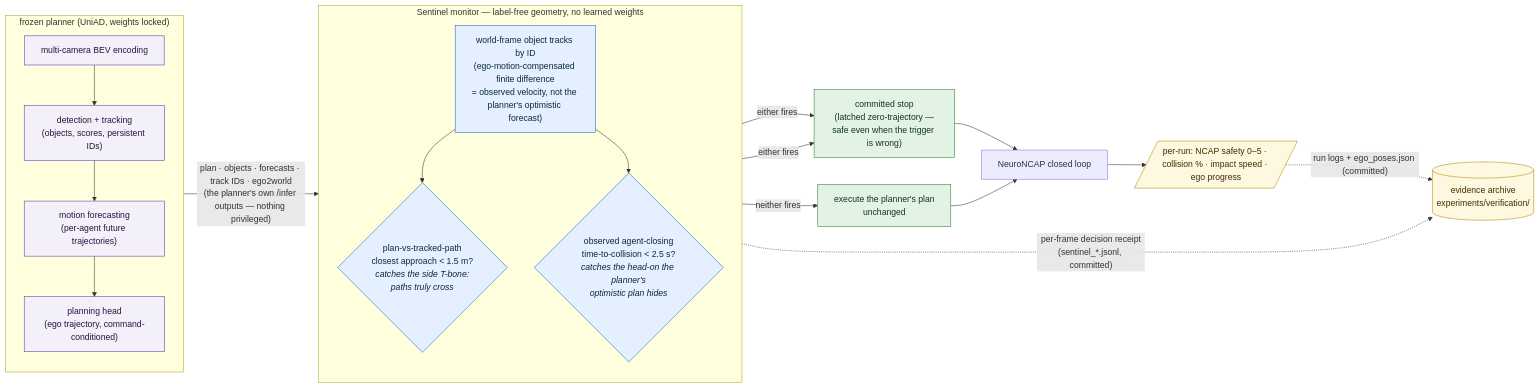
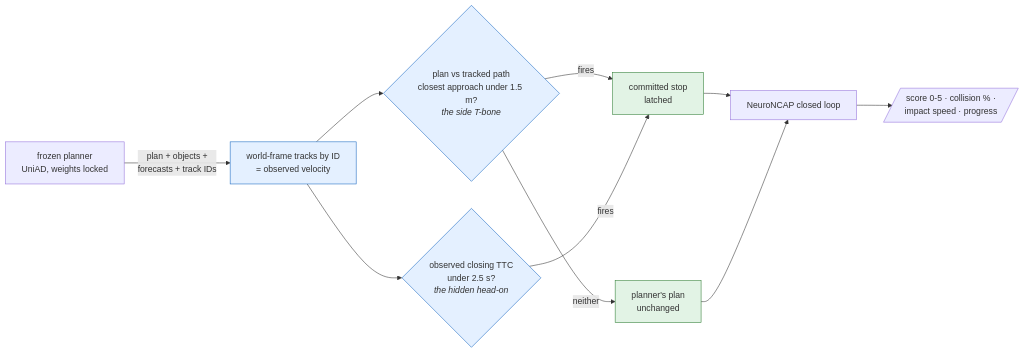
One commit to manfromnowhere143/sentinel changed the second of 3 diagrams in README.md. Above: the diagram before and after it, drawn with Mermaid. The commit also changed other lines of this file, not shown here.

First line of the commit message:
README: bring every diagram under the mobile renderer's per-block size ceiling

````diff
--- a/README.md
+++ b/README.md
@@ -91,34 +97,16 @@
 ```mermaid
 flowchart LR
-  subgraph PL["frozen planner (UniAD, weights locked)"]
-    direction TB
-    BEV["multi-camera BEV encoding"] --> TRK["detection + tracking<br/>(objects, scores, persistent IDs)"]
-    TRK --> MOT["motion forecasting<br/>(per-agent future trajectories)"]
-    MOT --> PH["planning head<br/>(ego trajectory, command-conditioned)"]
-  end
-  PL -- "plan · objects · forecasts · track IDs · ego2world<br/>(the planner's own /infer outputs — nothing privileged)" --> M
-  subgraph M["Sentinel monitor — label-free geometry, no learned weights"]
-    direction TB
-    A["world-frame object tracks by ID<br/>(ego-motion-compensated finite difference<br/>= observed velocity, not the planner's optimistic forecast)"]
-    C{"plan-vs-tracked-path<br/>closest approach &lt; 1.5 m?<br/><i>catches the side T-bone:<br/>paths truly cross</i>"}
-    T{"observed agent-closing<br/>time-to-collision &lt; 2.5 s?<br/><i>catches the head-on the planner's<br/>optimistic plan hides</i>"}
-    A --> C
-    A --> T
-  end
-  C -- "either fires" --> B["committed stop<br/>(latched zero-trajectory —<br/>safe even when the trigger is wrong)"]
-  T -- "either fires" --> B
-  C -- "neither fires" --> E["execute the planner's plan<br/>unchanged"]
+  P["frozen planner<br/>UniAD, weights locked"] -- "plan + objects +<br/>forecasts + track IDs" --> A
+  A["world-frame tracks by ID<br/>= observed velocity"] --> C{"plan vs tracked path<br/>closest approach under 1.5 m?<br/><i>the side T-bone</i>"}
+  A --> T{"observed closing TTC<br/>under 2.5 s?<br/><i>the hidden head-on</i>"}
+  C -- fires --> B["committed stop<br/>latched"]
+  T -- fires --> B
+  C -- neither --> E["planner's plan<br/>unchanged"]
   B --> S["NeuroNCAP closed loop"]
   E --> S
-  M -. "per-frame decision receipt<br/>(sentinel_*.jsonl, committed)" .-> V[("evidence archive<br/>experiments/verification/")]
-  S --> R[/"per-run: NCAP safety 0–5 · collision % · impact speed · ego progress"/]
-  R -. "run logs + ego_poses.json (committed)" .-> V
-  classDef planner fill:#f3f0fa,stroke:#5e35b1,color:#22163d;
-  classDef mon fill:#e4f0ff,stroke:#1565c0,color:#0c2742;
-  classDef act fill:#e2f3e5,stroke:#2e7d32,color:#13361b;
-  classDef ev fill:#fff8e1,stroke:#b28704,color:#3d2f00;
-  class BEV,TRK,MOT,PH planner;
+  S --> R[/"score 0-5 · collision % ·<br/>impact speed · progress"/]
+  classDef mon fill:#e4f0ff,stroke:#1565c0;
+  classDef act fill:#e2f3e5,stroke:#2e7d32;
   class A,C,T mon;
   class B,E act;
-  class V,R ev;
 ```
````
